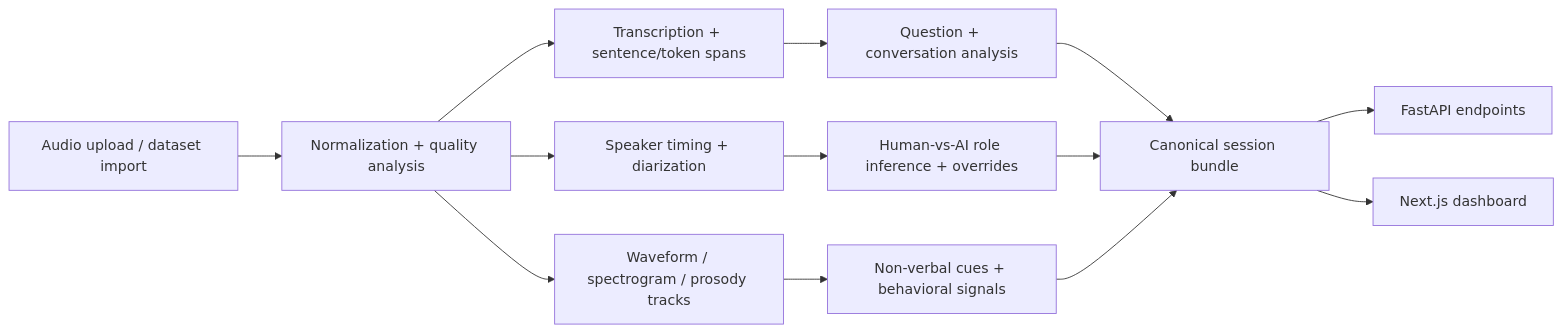
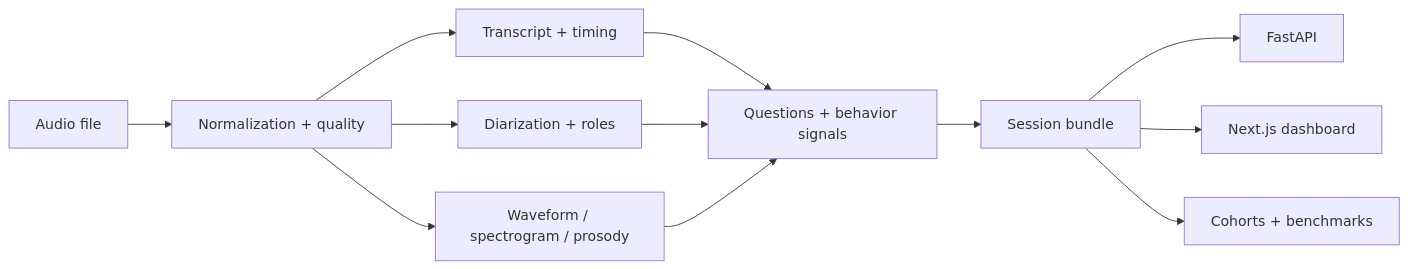
The diagram in README.md (Amal-David/spectrum), drawn with Mermaid before and after one commit. The commit also changed other lines of this file and 22 other files, not shown here.

````diff
--- a/README.md
+++ b/README.md
@@ -60,15 +97,14 @@
 ```mermaid
 flowchart LR
-  A["Audio upload / dataset import"] --> B["Normalization + quality analysis"]
-  B --> C["Transcription + sentence/token spans"]
-  B --> D["Speaker timing + diarization"]
-  B --> E["Waveform / spectrogram / prosody tracks"]
-  C --> F["Question + conversation analysis"]
-  D --> G["Human-vs-AI role inference + overrides"]
-  E --> H["Non-verbal cues + behavioral signals"]
-  F --> I["Canonical session bundle"]
-  G --> I
-  H --> I
-  I --> J["FastAPI endpoints"]
-  I --> K["Next.js dashboard"]
+  A["Audio file"] --> B["Normalization + quality"]
+  B --> C["Transcript + timing"]
+  B --> D["Diarization + roles"]
+  B --> E["Waveform / spectrogram / prosody"]
+  C --> F["Questions + behavior signals"]
+  D --> F
+  E --> F
+  F --> G["Session bundle"]
+  G --> H["FastAPI"]
+  G --> I["Next.js dashboard"]
+  G --> J["Cohorts + benchmarks"]
 ```
````
